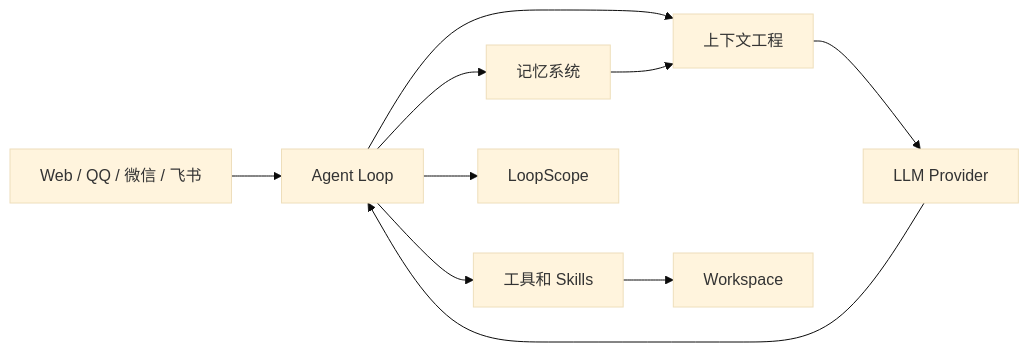
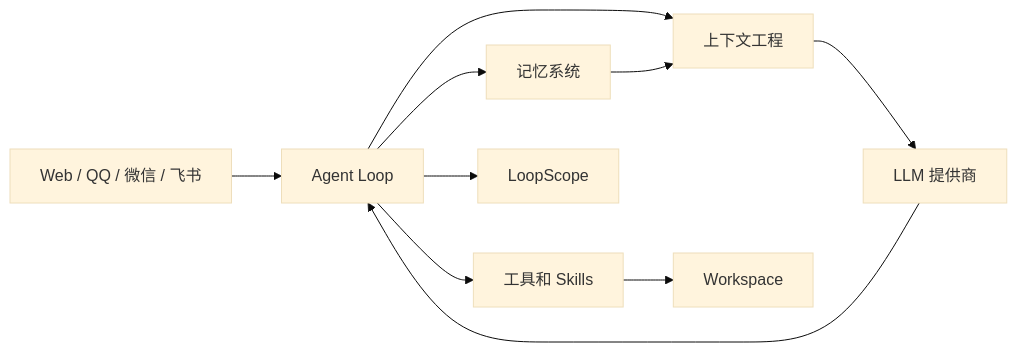
Before and after one commit to Coffeiz/Gugu-web: the first of 2 diagrams in README.md, drawn with Mermaid (base theme). The commit also changed other lines of this file and 332 other files, not shown here.

````diff
--- a/README.md
+++ b/README.md
@@ -292,12 +292,12 @@
 ```mermaid
 flowchart LR
     C[Web / QQ / 微信 / 飞书] --> A[Agent Loop]
     A --> X[上下文工程]
-    X --> L[LLM Provider]
+    X --> L[LLM 提供商]
     L --> A
     A --> T[工具和 Skills]
     T --> W[Workspace]
     A --> M[记忆系统]
     M --> X
     A --> O[LoopScope]
 ```
````
